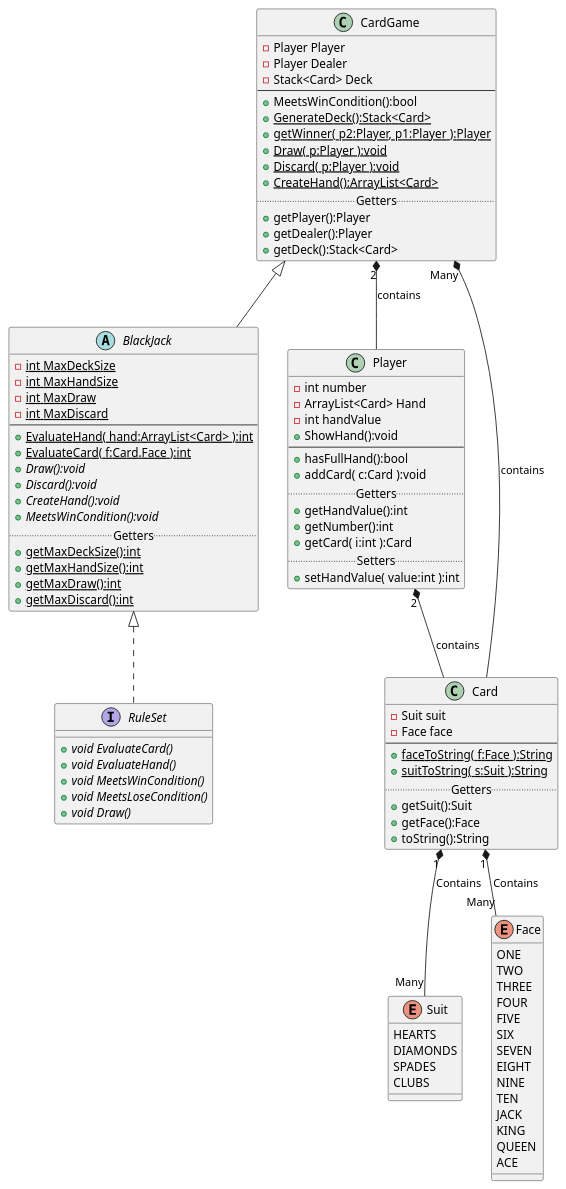
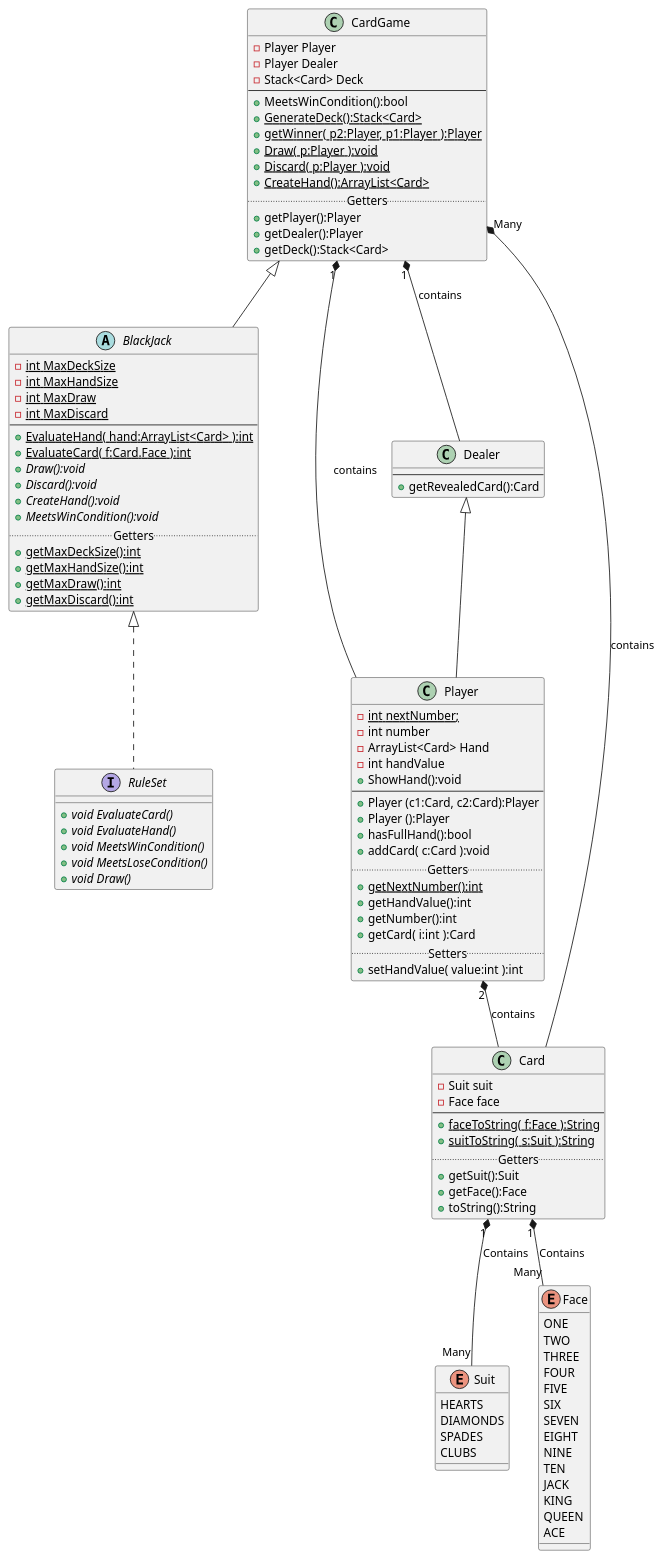
The diagram in uml/ClassDia.puml (saini106/blackJack), drawn with PlantUML before and after one commit. The commit also changed 2 other files, not shown here.

Commit message:
Updated UML: Added Dealer Class

```diff
--- a/uml/ClassDia.puml
+++ b/uml/ClassDia.puml
@@ -1,108 +1,119 @@
 @startuml BlackJack
 
 interface RuleSet {
     + {abstract} void EvaluateCard()
     + {abstract} void EvaluateHand()
     + {abstract} void MeetsWinCondition()
     + {abstract} void MeetsLoseCondition()
     + {abstract} void Draw()
 }
 
 BlackJack <|.. RuleSet
 abstract BlackJack {
     - {static} int MaxDeckSize
     - {static} int MaxHandSize
     - {static} int MaxDraw
     - {static} int MaxDiscard
     --
     + {static} EvaluateHand( hand:ArrayList<Card> ):int
     + {static} EvaluateCard( f:Card.Face ):int
     + {abstract} Draw():void
     + {abstract} Discard():void
     + {abstract} CreateHand():void
     + {abstract} MeetsWinCondition():void
     ..Getters..
     + {static} getMaxDeckSize():int
     + {static} getMaxHandSize():int
     + {static} getMaxDraw():int
     + {static} getMaxDiscard():int
 }
 
 CardGame <|-- BlackJack
 
 
 class CardGame {
     - Player Player
     - Player Dealer
     - Stack<Card> Deck
     --
     + MeetsWinCondition():bool
     + {static} GenerateDeck():Stack<Card>
     + {static} getWinner( p2:Player, p1:Player ):Player
     + {static} Draw( p:Player ):void
     + {static} Discard( p:Player ):void
     + {static} CreateHand():ArrayList<Card>
     ..Getters..
     + getPlayer():Player
     + getDealer():Player
     + getDeck():Stack<Card>
 }
 
-CardGame "2" *-- Player : contains
+CardGame "1" *-- Player : contains
+CardGame "1" *-- Dealer : contains
 CardGame "Many" *-- Card : contains
 class Player {
+    - {static} int nextNumber;
     - int number
     - ArrayList<Card> Hand
     - int handValue
     + ShowHand():void
     --
-    +hasFullHand():bool
-    +addCard( c:Card ):void
+    + Player (c1:Card, c2:Card):Player
+    + Player ():Player
+    + hasFullHand():bool
+    + addCard( c:Card ):void
     ..Getters..
+    + {static} getNextNumber():int
     + getHandValue():int
     + getNumber():int
     + getCard( i:int ):Card
     ..Setters..
     + setHandValue( value:int ):int
+}
+
+Dealer <|-- Player
+class Dealer {
+    --
+    + getRevealedCard():Card
 }
 
 Player "2" *-- Card : contains
 class Card {
    - Suit suit
    - Face face
    --
    + {static} faceToString( f:Face ):String
    + {static} suitToString( s:Suit ):String
    ..Getters..
    + getSuit():Suit
    + getFace():Face
    + toString():String
 }
 
 Card "1" *-- "Many" Suit : Contains
 Card "1" *-- "Many" Face : Contains
 enum Face {
     ONE
     TWO
     THREE
     FOUR
     FIVE
     SIX
     SEVEN
     EIGHT
     NINE
     TEN
     JACK
     KING
     QUEEN
     ACE
 }
 
 enum Suit {
     HEARTS
     DIAMONDS 
     SPADES 
     CLUBS
 }
 
 @enduml
```
